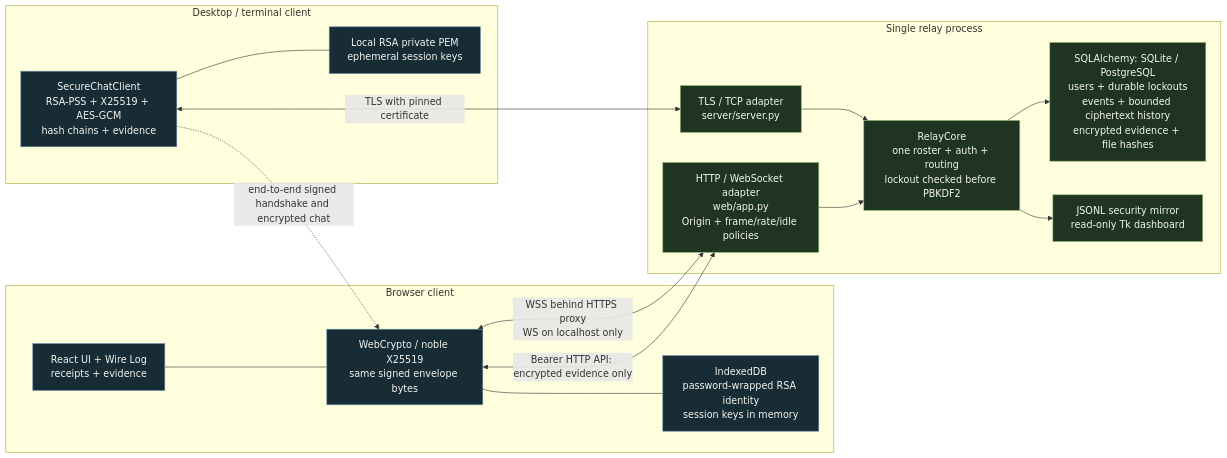
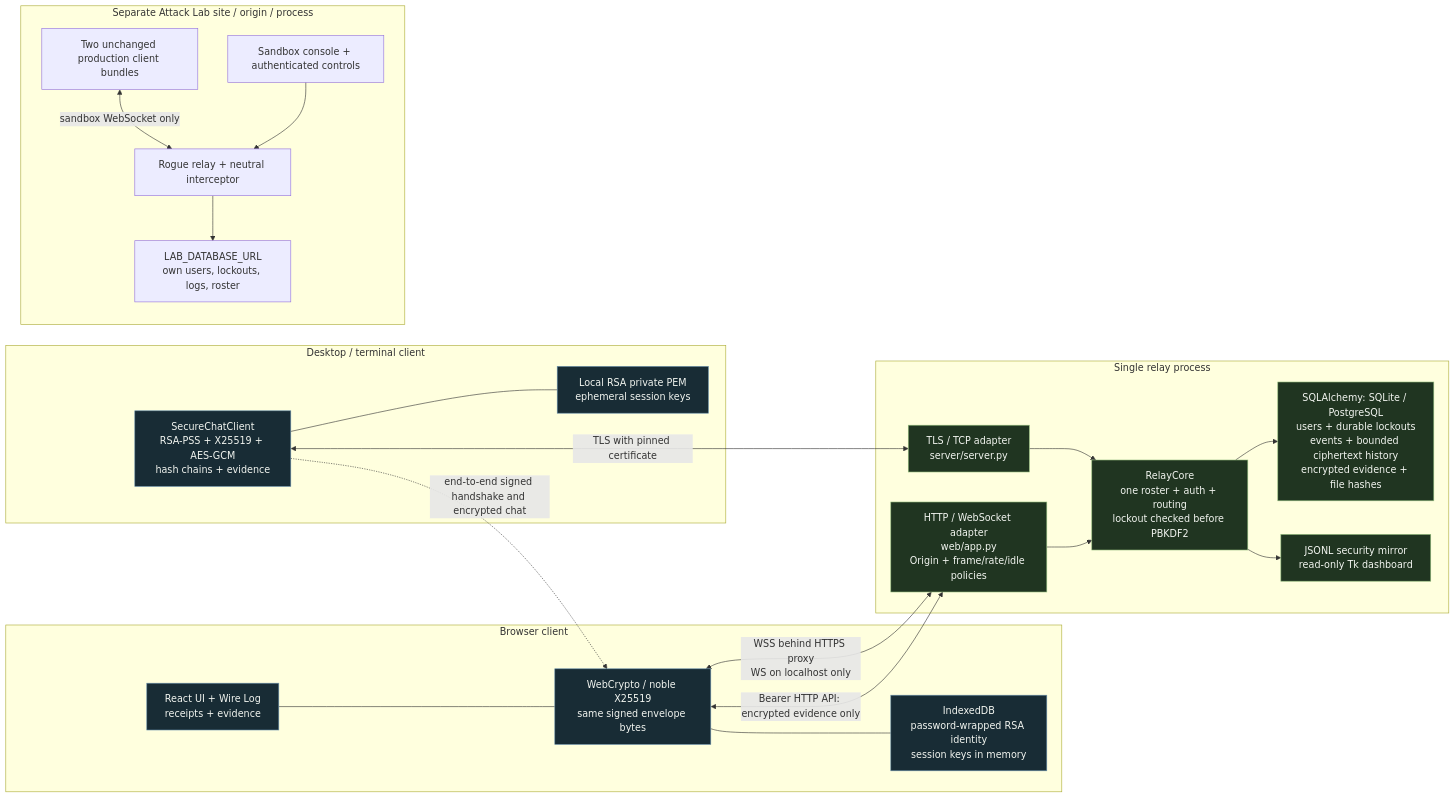
One commit to sharansp95-rgb/CNS-Project changed the diagram in docs/architecture.md. Above: the diagram before and after it, drawn with Mermaid. The commit also changed other lines of this file and 8 other files, not shown here.

Commit message:
Document isolated Attack Lab and refresh security evaluation

````diff
--- a/docs/architecture.md
+++ b/docs/architecture.md
@@ -24,34 +24,43 @@
 ```mermaid
 flowchart LR
     subgraph Desktop["Desktop / terminal client"]
         P["SecureChatClient<br/>RSA-PSS + X25519 + AES-GCM<br/>hash chains + evidence"]
         PK["Local RSA private PEM<br/>ephemeral session keys"]
         P --- PK
     end
     subgraph Browser["Browser client"]
         UI["React UI + Wire Log<br/>receipts + evidence"]
         C["WebCrypto / noble X25519<br/>same signed envelope bytes"]
         BK["IndexedDB<br/>password-wrapped RSA identity<br/>session keys in memory"]
         UI --- C
         C --- BK
     end
     subgraph Relay["Single relay process"]
         TCP["TLS / TCP adapter<br/>server/server.py"]
         WS["HTTP / WebSocket adapter<br/>web/app.py<br/>Origin + frame/rate/idle policies"]
         CORE["RelayCore<br/>one roster + auth + routing<br/>lockout checked before PBKDF2"]
         DB["SQLAlchemy: SQLite / PostgreSQL<br/>users + durable lockouts<br/>events + bounded ciphertext history<br/>encrypted evidence + file hashes"]
         LOG["JSONL security mirror<br/>read-only Tk dashboard"]
         TCP --> CORE
         WS --> CORE
         CORE --> DB
         CORE --> LOG
     end
     P <-->|"TLS with pinned certificate"| TCP
     C <-->|"WSS behind HTTPS proxy<br/>WS on localhost only"| WS
     P -. "end-to-end signed handshake and encrypted chat" .-> C
     C <-->|"Bearer HTTP API: encrypted evidence only"| WS
+    subgraph Lab["Separate Attack Lab site / origin / process"]
+        V["Two unchanged production client bundles"]
+        A["Sandbox console + authenticated controls"]
+        R["Rogue relay + neutral interceptor"]
+        LDB["LAB_DATABASE_URL<br/>own users, lockouts, logs, roster"]
+        V <-->|"sandbox WebSocket only"| R
+        A --> R
+        R --> LDB
+    end
     classDef local fill:#182c35,color:#f2f5f0,stroke:#668eaa;
     classDef relay fill:#203521,color:#f2f5f0,stroke:#8fba7a;
     class P,PK,UI,C,BK local;
     class TCP,WS,CORE,DB,LOG relay;
 ```
````
